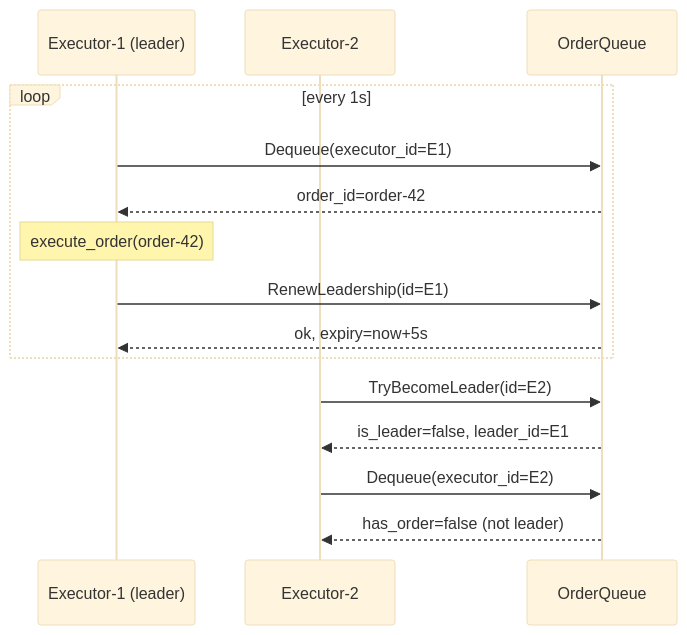
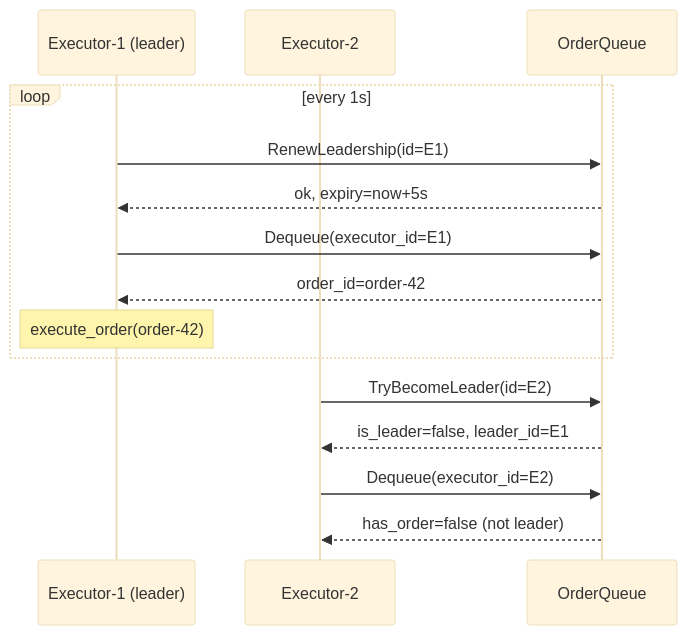
The second of 5 diagrams in docs/README.md (M1ngiii/ds-practice-2025), drawn with Mermaid (base theme) before and after one commit. The commit also changed other lines of this file, not shown here.

````diff
--- a/docs/README.md
+++ b/docs/README.md
@@ -133,20 +137,20 @@
 ```mermaid
 sequenceDiagram
     participant E1 as Executor-1 (leader)
     participant E2 as Executor-2
     participant Q as OrderQueue
 
     loop every 1s
+        E1->>Q: RenewLeadership(id=E1)
+        Q-->>E1: ok, expiry=now+5s
         E1->>Q: Dequeue(executor_id=E1)
         Q-->>E1: order_id=order-42
         Note over E1: execute_order(order-42)
-        E1->>Q: RenewLeadership(id=E1)
-        Q-->>E1: ok, expiry=now+5s
     end
 
     E2->>Q: TryBecomeLeader(id=E2)
     Q-->>E2: is_leader=false, leader_id=E1
 
     E2->>Q: Dequeue(executor_id=E2)
     Q-->>E2: has_order=false (not leader)
 ```
````
